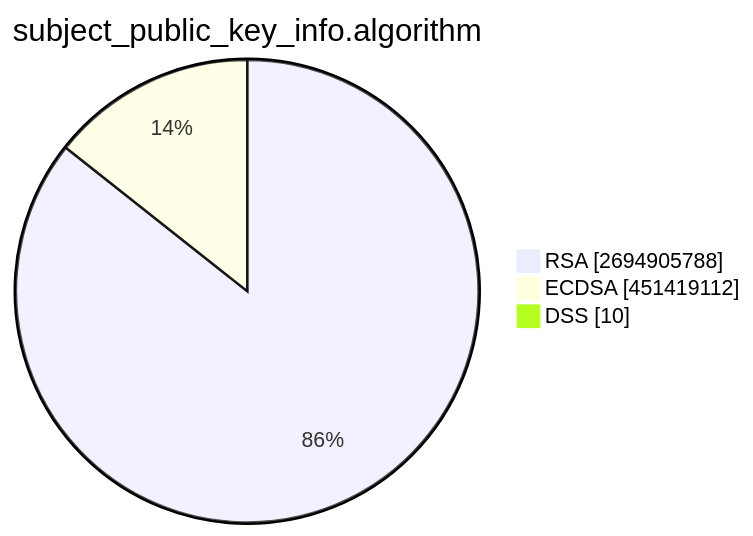
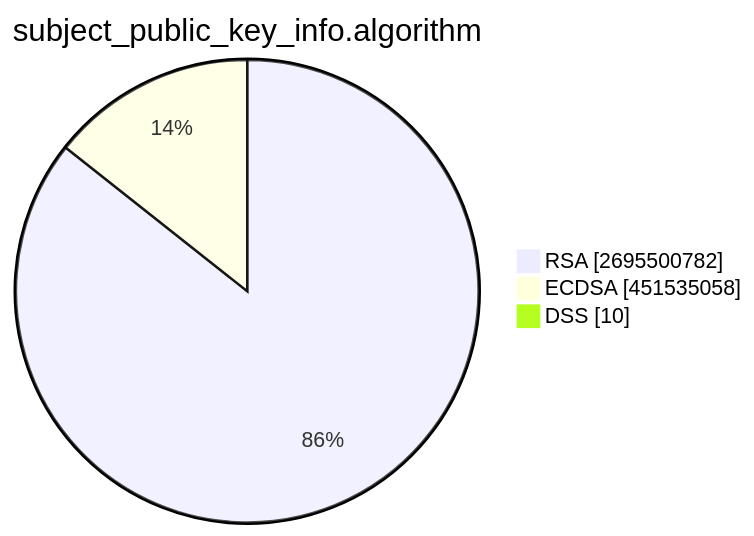
Before and after one commit to christiankrug/ctmonitor_visualization: the second of 15 diagrams in TOTAL/README.md, drawn with Mermaid. The commit also changed other lines of this file, not shown here.

````diff
--- a/TOTAL/README.md
+++ b/TOTAL/README.md
@@ -6,7 +6,7 @@
 ```mermaid
 pie showData
 title subject_public_key_info.algorithm
-"RSA" :2694905788
-"ECDSA" :451419112
+"RSA" :2695500782
+"ECDSA" :451535058
 "DSS" :10
 ```
````
